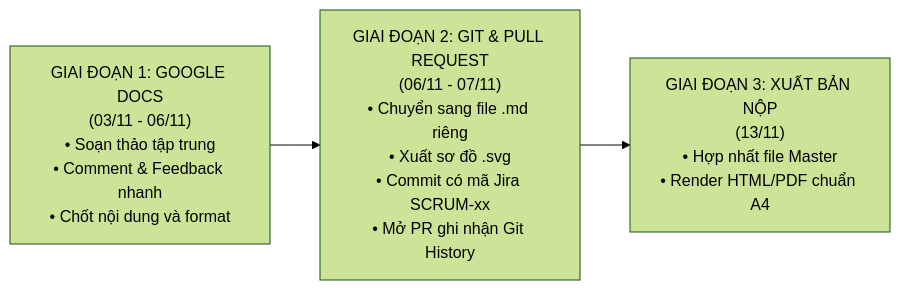
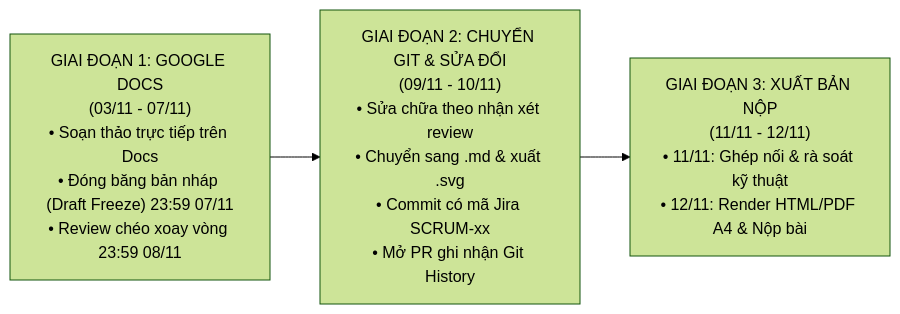
The first of 9 diagrams in PLAN_TEMPLATE1_AND_DEVELOPMENT.md (thanhbinh55/AI-Powered-Helpdesk-Knowledge-Base), drawn with Mermaid (forest theme) before and after one commit. The commit also changed other lines of this file and 13 other files, not shown here.

````diff
--- a/PLAN_TEMPLATE1_AND_DEVELOPMENT.md
+++ b/PLAN_TEMPLATE1_AND_DEVELOPMENT.md
@@ -66,5 +66,5 @@
 ```mermaid
 flowchart LR
-    Phase1["GIAI ĐOẠN 1: GOOGLE DOCS\n(03/11 - 06/11)\n• Soạn thảo tập trung\n• Comment & Feedback nhanh\n• Chốt nội dung và format"] --> Phase2["GIAI ĐOẠN 2: GIT & PULL REQUEST\n(06/11 - 07/11)\n• Chuyển sang file .md riêng\n• Xuất sơ đồ .svg\n• Commit có mã Jira SCRUM-xx\n• Mở PR ghi nhận Git History"]
-    Phase2 --> Phase3["GIAI ĐOẠN 3: XUẤT BẢN NỘP\n(13/11)\n• Hợp nhất file Master\n• Render HTML/PDF chuẩn A4"]
+    Phase1["GIAI ĐOẠN 1: GOOGLE DOCS\n(03/11 - 07/11)\n• Soạn thảo trực tiếp trên Docs\n• Đóng băng bản nháp (Draft Freeze) 23:59 07/11\n• Review chéo xoay vòng 23:59 08/11"] --> Phase2["GIAI ĐOẠN 2: CHUYỂN GIT & SỬA ĐỔI\n(09/11 - 10/11)\n• Sửa chữa theo nhận xét review\n• Chuyển sang .md & xuất .svg\n• Commit có mã Jira SCRUM-xx\n• Mở PR ghi nhận Git History"]
+    Phase2 --> Phase3["GIAI ĐOẠN 3: XUẤT BẢN NỘP\n(11/11 - 12/11)\n• 11/11: Ghép nối & rà soát kỹ thuật\n• 12/11: Render HTML/PDF A4 & Nộp bài"]
 ```
````
